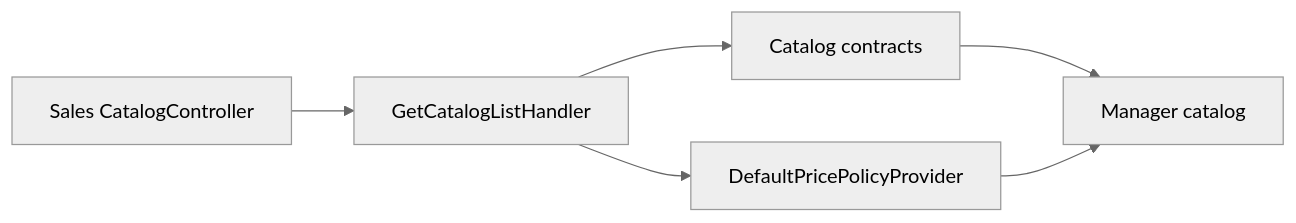
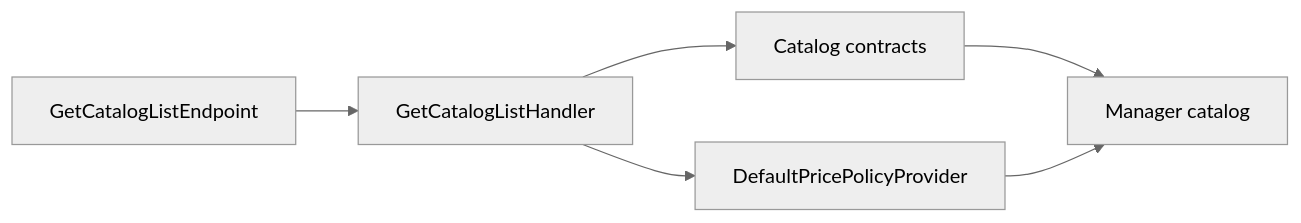
Before and after one commit to Weretik/KedrStore: the diagram in docs/sdd/features/sales/manager-catalog.md, drawn with Mermaid (neutral theme). The commit also changed other lines of this file and 81 other files, not shown here.

````diff
--- a/docs/sdd/features/sales/manager-catalog.md
+++ b/docs/sdd/features/sales/manager-catalog.md
@@ -25,8 +25,8 @@
 ```mermaid
 flowchart LR
-    A["Sales CatalogController"] --> B["GetCatalogListHandler"]
+    A["GetCatalogListEndpoint"] --> B["GetCatalogListHandler"]
     B --> C["Catalog contracts"]
     B --> D["DefaultPricePolicyProvider"]
     C --> E["Manager catalog"]
     D --> E
 ```
````
